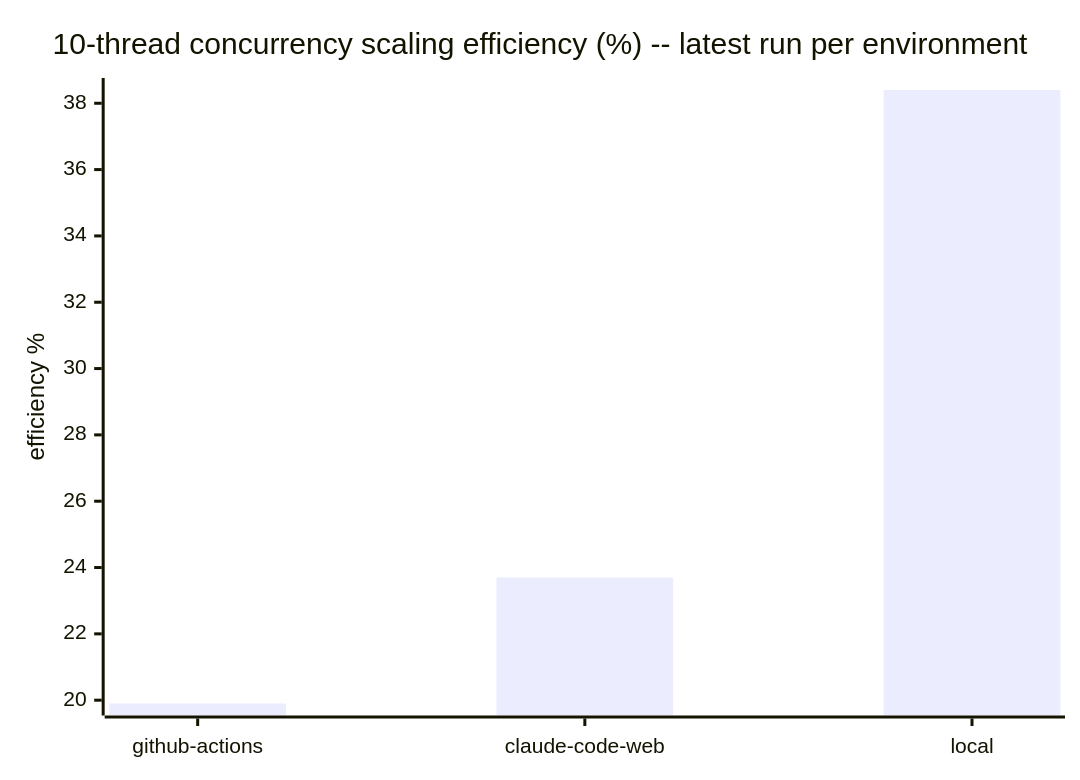
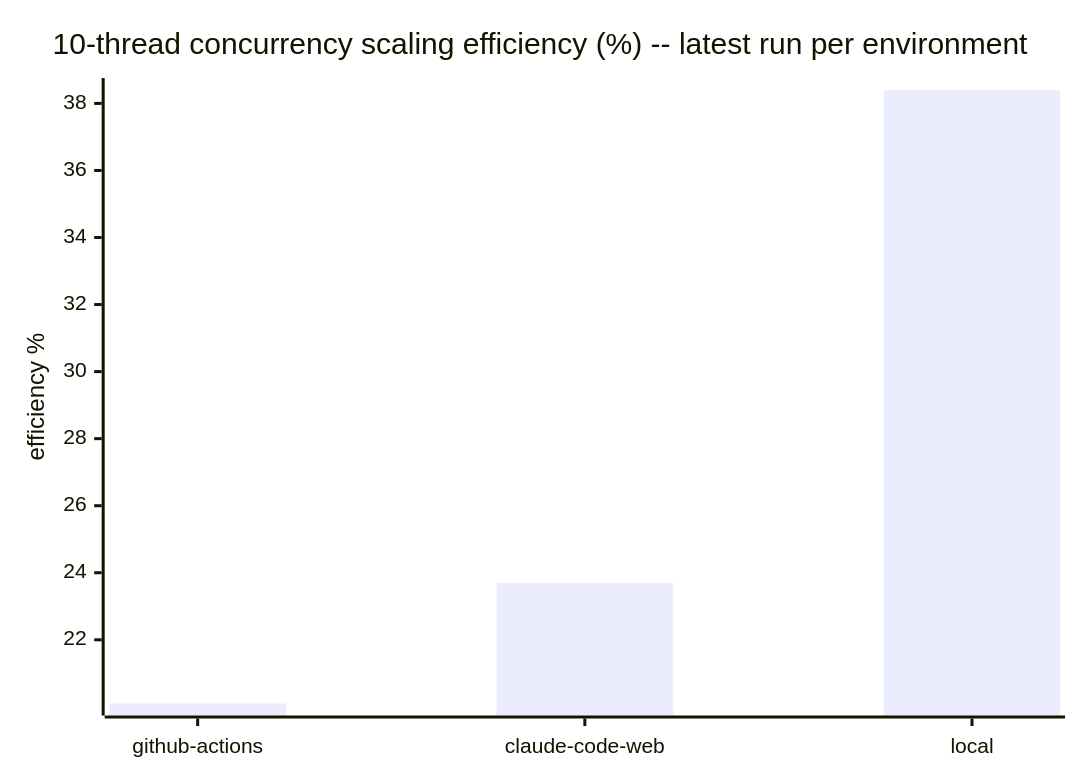
The fifth of 5 diagrams in docs/benchmarks/README.md (cpb/duckling), drawn with Mermaid before and after one commit. The commit also changed other lines of this file and 1 other file, not shown here.

Commit message:
Record github-actions benchmark for PR #50 (post-#64 dispatch schema) [benchmark-record]

````diff
--- a/docs/benchmarks/README.md
+++ b/docs/benchmarks/README.md
@@ -143,7 +143,7 @@
 ```mermaid
 xychart-beta
     title "10-thread concurrency scaling efficiency (%) -- latest run per environment"
     x-axis [github-actions, claude-code-web, local]
     y-axis "efficiency %"
-    bar "efficiency_pct" [19.9, 23.7, 38.4]
+    bar "efficiency_pct" [20.1, 23.7, 38.4]
 ```
````
